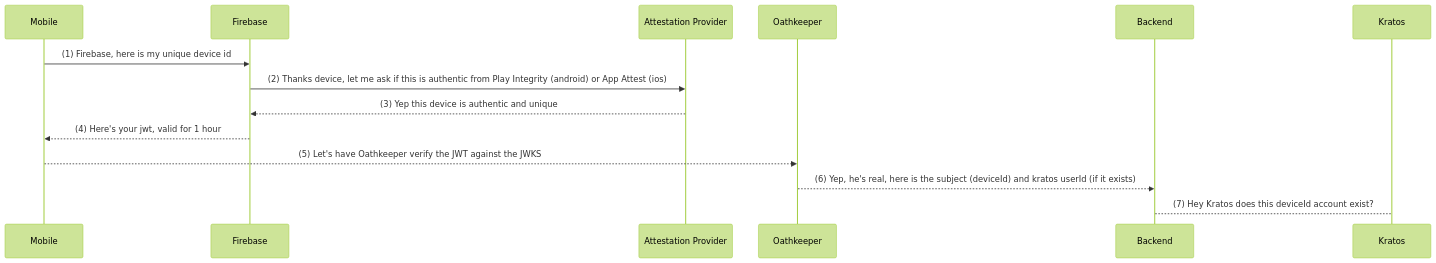
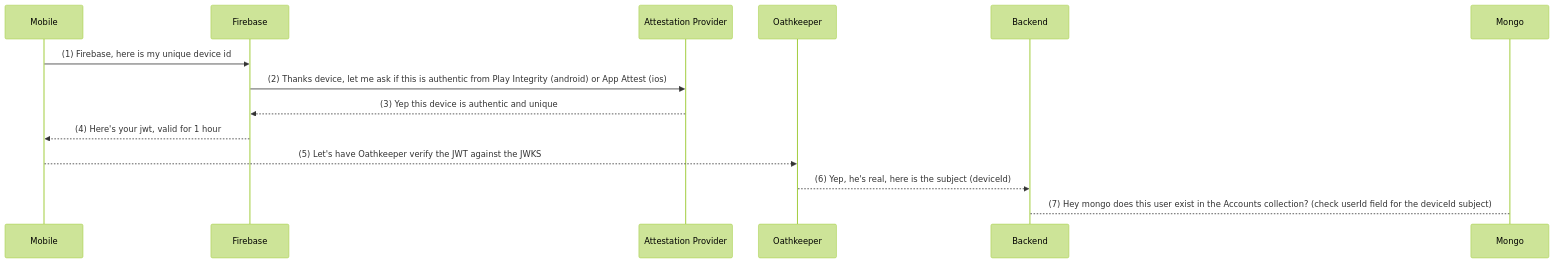
The diagram in dev/appcheck/README.md (GaloyMoney/blink), drawn with Mermaid (forest theme) before and after one commit. The commit also changed 1 other file, not shown here.

Commit message:
fix: update docs and turn test back on

````diff
--- a/dev/appcheck/README.md
+++ b/dev/appcheck/README.md
@@ -53,10 +53,10 @@
 ```mermaid
 sequenceDiagram
     Mobile->>Firebase: (1) Firebase, here is my unique device id
     Firebase->>Attestation Provider: (2) Thanks device, let me ask if this is authentic from Play Integrity (android) or App Attest (ios)
     Attestation Provider-->>Firebase: (3) Yep this device is authentic and unique
     Firebase-->>Mobile: (4) Here's your jwt, valid for 1 hour
     Mobile-->>Oathkeeper: (5) Let's have Oathkeeper verify the JWT against the JWKS
-    Oathkeeper-->>Backend: (6) Yep, he's real, here is the subject (deviceId) and kratos userId (if it exists)
-    Backend-->Kratos: (7) Hey Kratos does this deviceId account exist?
+    Oathkeeper-->>Backend: (6) Yep, he's real, here is the subject (deviceId)
+    Backend-->Mongo: (7) Hey mongo does this user exist in the Accounts collection? (check userId field for the deviceId subject)
 ```
````
